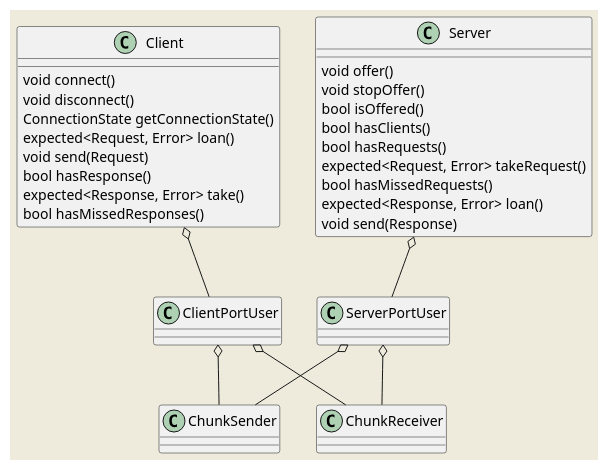
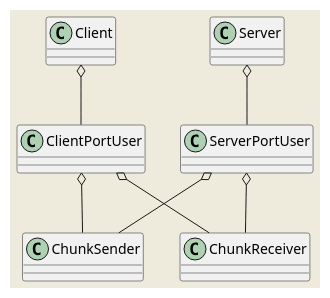
Before and after one commit to eclipse-iceoryx/iceoryx: the diagram in doc/design/diagrams/request_response_overview_class.puml, drawn with PlantUML.

Commit message:
iox-#27 Update overview diagram

```diff
--- a/doc/design/diagrams/request_response_overview_class.puml
+++ b/doc/design/diagrams/request_response_overview_class.puml
@@ -1,42 +1,25 @@
 @startuml
 skinparam backgroundColor #EEEBDC
 
 class Client {
-  void connect()
-  void disconnect()
-  ConnectionState getConnectionState()
-  expected<Request, Error> loan()
-  void send(Request)
-  bool hasResponse()
-  expected<Response, Error> take()
-  bool hasMissedResponses()
 }
 
 class Server {
-   void offer()
-   void stopOffer()
-   bool isOffered()
-   bool hasClients()
-   bool hasRequests()
-   expected<Request, Error> takeRequest()
-   bool hasMissedRequests()
-   expected<Response, Error> loan()
-   void send(Response)
 }
 
 class ClientPortUser {
 }
 
 class ServerPortUser {
 }
 
 Client o-- ClientPortUser
 Server o-- ServerPortUser
 
 ClientPortUser o-- ChunkSender
 ClientPortUser o-- ChunkReceiver
 
 ServerPortUser o-- ChunkSender
 ServerPortUser o-- ChunkReceiver
 
 @enduml
```
